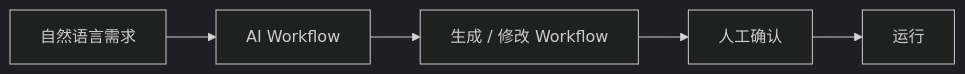
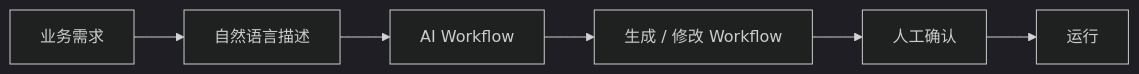
Before and after one commit to sgfd-ui/internship: the first of 10 diagrams in weekly-report/dify-1.17-core-capabilities-research.md, drawn with Mermaid (dark theme). The commit also changed other lines of this file, not shown here.

Commit message:
docs: focus Dify 1.17 research on AI Workflow generation

````diff
--- a/weekly-report/dify-1.17-core-capabilities-research.md
+++ b/weekly-report/dify-1.17-core-capabilities-research.md
@@ -79,7 +9,8 @@
 ```mermaid
 flowchart LR
-    A[自然语言需求] --> B[AI Workflow]
-    B --> C[生成 / 修改 Workflow]
-    C --> D[人工确认]
-    D --> E[运行]
+    A[业务需求] --> B[自然语言描述]
+    B --> C[AI Workflow]
+    C --> D[生成 / 修改 Workflow]
+    D --> E[人工确认]
+    E --> F[运行]
 ```
````
